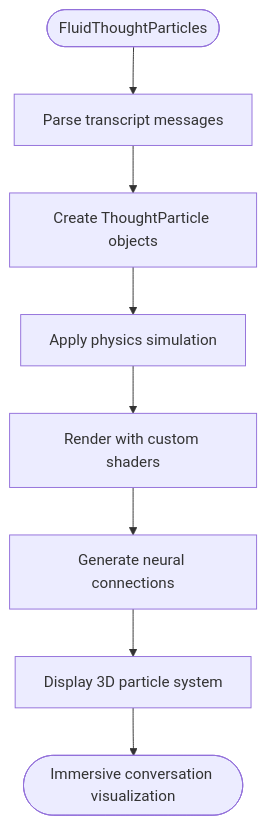
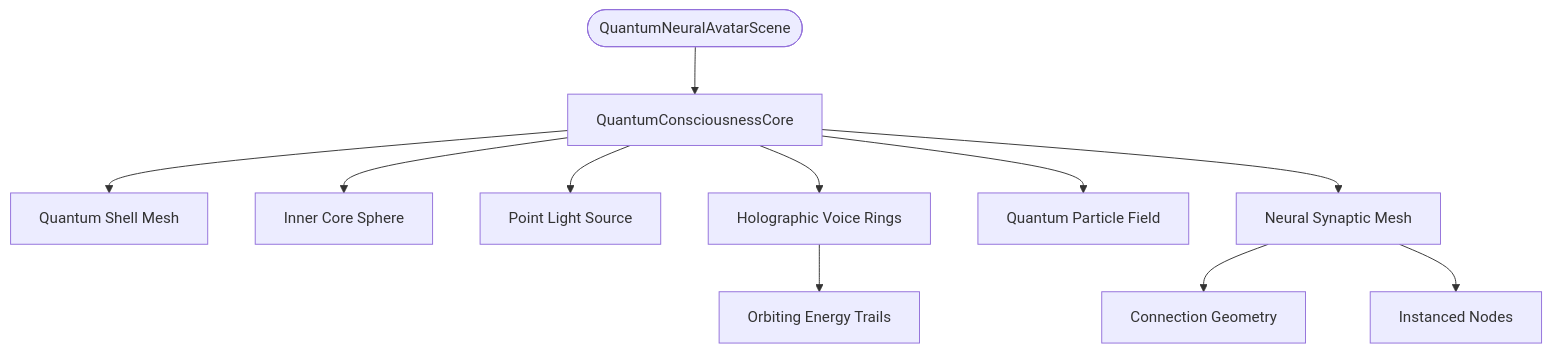
Before and after one commit to Moeabdelaziz007/Aether-Voice-OS: the fourth of 9 diagrams in .qoder/repowiki/en/content/Frontend Application/Visual Interface Components/Visual Interface Components.md, drawn with Mermaid. The commit also changed other lines of this file and 29 other files, not shown here.

````diff
--- a/.qoder/repowiki/en/content/Frontend Application/Visual Interface Components/Visual Interface Components.md
+++ b/.qoder/repowiki/en/content/Frontend Application/Visual Interface Components/Visual Interface Components.md
@@ -269,10 +241,13 @@
 ```mermaid
 flowchart TD
-Start(["FluidThoughtParticles"]) --> Parse["Parse transcript messages"]
-Parse --> Create["Create ThoughtParticle objects"]
-Create --> Physics["Apply physics simulation"]
-Physics --> Shader["Render with custom shaders"]
-Shader --> Connect["Generate neural connections"]
-Connect --> Visualize["Display 3D particle system"]
-Visualize --> End(["Immersive conversation visualization"])
+Start(["QuantumNeuralAvatarScene"]) --> Core["QuantumConsciousnessCore"]
+Core --> Shell["Quantum Shell Mesh"]
+Core --> Inner["Inner Core Sphere"]
+Core --> Light["Point Light Source"]
+Core --> Rings["Holographic Voice Rings"]
+Rings --> Orbiters["Orbiting Energy Trails"]
+Core --> Particles["Quantum Particle Field"]
+Core --> Mesh["Neural Synaptic Mesh"]
+Mesh --> Connections["Connection Geometry"]
+Mesh --> Nodes["Instanced Nodes"]
 ```
````
